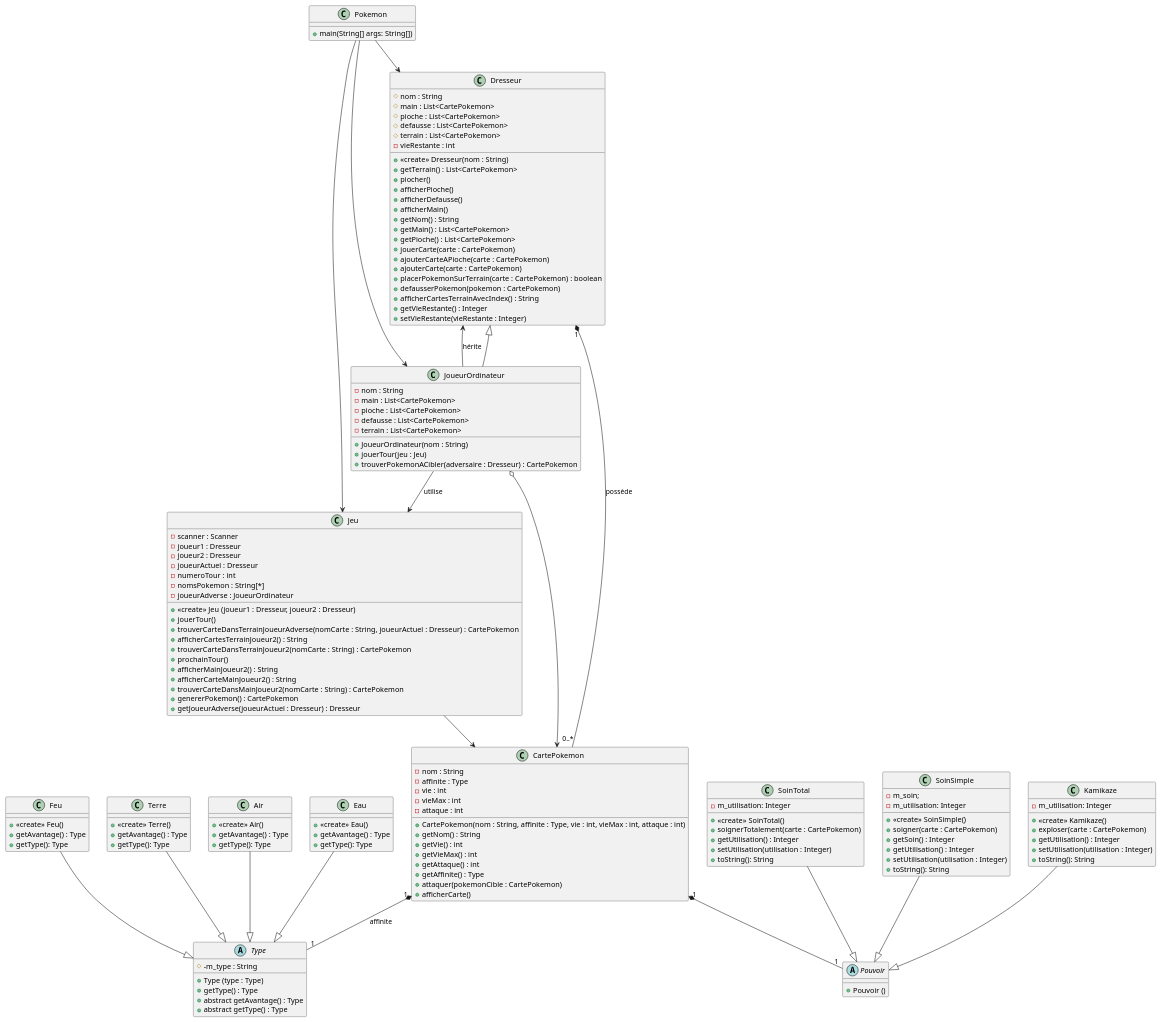
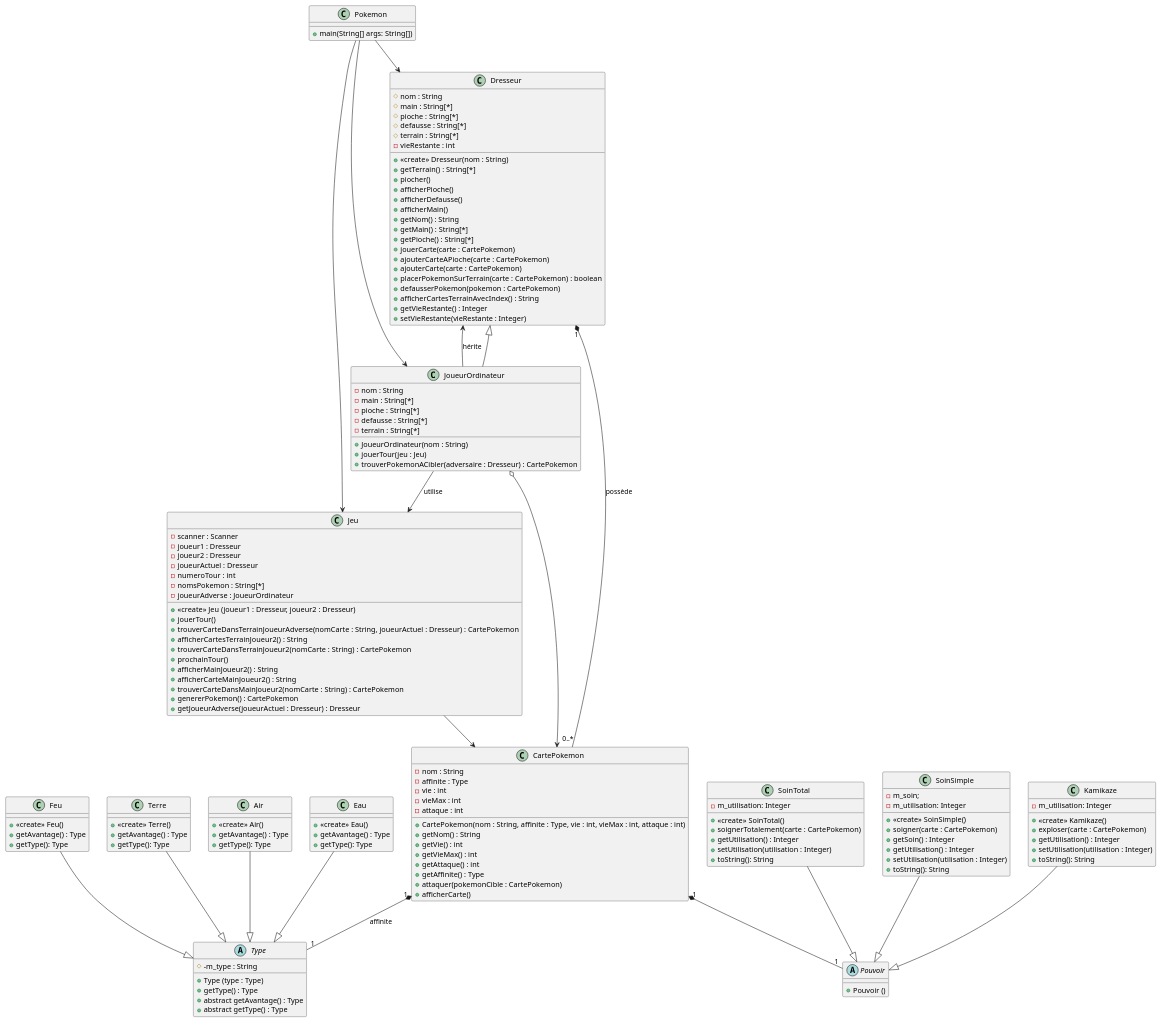
Before and after one commit to Maxlamor67/Pokemon_Java: the diagram in uml/semaine3.puml, drawn with PlantUML. The commit also changed 9 other files, not shown here.

```diff
--- a/uml/semaine3.puml
+++ b/uml/semaine3.puml
@@ -1,167 +1,167 @@
 @startuml
 
 class Pokemon {
 + main(String[] args: String[])
 }
 
 class Jeu {
 - scanner : Scanner
 - joueur1 : Dresseur
 - joueur2 : Dresseur
 - joueurActuel : Dresseur
 - numeroTour : int
 - nomsPokemon : String[*]
 - joueurAdverse : JoueurOrdinateur
 + «create» Jeu (joueur1 : Dresseur, joueur2 : Dresseur)
 + jouerTour()
 + trouverCarteDansTerrainJoueurAdverse(nomCarte : String, joueurActuel : Dresseur) : CartePokemon
 + afficherCartesTerrainJoueur2() : String
 + trouverCarteDansTerrainJoueur2(nomCarte : String) : CartePokemon
 + prochainTour()
 + afficherMainJoueur2() : String
 + afficherCarteMainJoueur2() : String
 + trouverCarteDansMainJoueur2(nomCarte : String) : CartePokemon
 + genererPokemon() : CartePokemon
 + getJoueurAdverse(joueurActuel : Dresseur) : Dresseur
 }
 
 
 class Dresseur {
 # nom : String
-# main : List<CartePokemon>
-# pioche : List<CartePokemon>
-# defausse : List<CartePokemon>
-# terrain : List<CartePokemon>
+# main : String[*]
+# pioche : String[*]
+# defausse : String[*]
+# terrain : String[*]
 - vieRestante : int
 + «create» Dresseur(nom : String)
-+ getTerrain() : List<CartePokemon>
++ getTerrain() : String[*]
 + piocher()
 + afficherPioche()
 + afficherDefausse()
 + afficherMain()
 + getNom() : String
-+ getMain() : List<CartePokemon>
-+ getPioche() : List<CartePokemon>
++ getMain() : String[*]
++ getPioche() : String[*]
 + jouerCarte(carte : CartePokemon)
 + ajouterCarteAPioche(carte : CartePokemon)
 + ajouterCarte(carte : CartePokemon)
 + placerPokemonSurTerrain(carte : CartePokemon) : boolean
 + defausserPokemon(pokemon : CartePokemon)
 + afficherCartesTerrainAvecIndex() : String
 + getVieRestante() : Integer
 + setVieRestante(vieRestante : Integer)
 
 }
 
 class CartePokemon {
 - nom : String
 - affinite : Type
 - vie : int
 - vieMax : int
 - attaque : int
 + CartePokemon(nom : String, affinite : Type, vie : int, vieMax : int, attaque : int)
 + getNom() : String
 + getVie() : int
 + getVieMax() : int
 + getAttaque() : int
 + getAffinite() : Type
 + attaquer(pokemonCible : CartePokemon)
 + afficherCarte()
 }
 
 class JoueurOrdinateur extends Dresseur {
 - nom : String
-- main : List<CartePokemon>
-- pioche : List<CartePokemon>
-- defausse : List<CartePokemon>
-- terrain : List<CartePokemon>
+- main : String[*]
+- pioche : String[*]
+- defausse : String[*]
+- terrain : String[*]
 + JoueurOrdinateur(nom : String)
 + jouerTour(jeu : Jeu)
 + trouverPokemonACibler(adversaire : Dresseur) : CartePokemon
 }
 
 
 
 abstract class Type {
 #-m_type : String
 + Type (type : Type)
 + getType() : Type
 + abstract getAvantage() : Type
 + abstract getType() : Type
 }
 
 class Air {
 + «create» Air()
 + getAvantage() : Type
 + getType(): Type
 }
 
 class Eau {
 + «create» Eau()
 + getAvantage() : Type
 + getType(): Type
 }
 
 class Feu {
 + «create» Feu()
 + getAvantage() : Type
 + getType(): Type
 }
 
 class Terre {
 + «create» Terre()
 + getAvantage() : Type
 + getType(): Type
 }
 
 abstract class Pouvoir {
 + Pouvoir ()
 }
 
 class SoinTotal {
 - m_utilisation: Integer
 + «create» SoinTotal()
 + soignerTotalement(carte : CartePokemon)
 + getUtilisation() : Integer
 + setUtilisation(utilisation : Integer)
 + toString(): String
 }
 
 class SoinSimple {
 - m_soin;
 - m_utilisation: Integer
 + «create» SoinSimple()
 + soigner(carte : CartePokemon)
 + getSoin() : Integer
 + getUtilisation() : Integer
 + setUtilisation(utilisation : Integer)
 + toString(): String
 }
 
 class Kamikaze {
 - m_utilisation: Integer
 + «create» Kamikaze()
 + exploser(carte : CartePokemon)
 + getUtilisation() : Integer
 + setUtilisation(utilisation : Integer)
 + toString(): String
 }
 
 Air --|> Type
 Terre --|> Type
 Eau --|> Type
 Feu --|> Type
 SoinSimple --|> Pouvoir
 SoinTotal --|> Pouvoir
 Kamikaze --|> Pouvoir
 CartePokemon "1" *-- "1" Pouvoir
 CartePokemon "1" *-- "1" Type : affinite
 Dresseur "1" *-- "0..*" CartePokemon : possède
 Pokemon --> JoueurOrdinateur
 Pokemon --> Dresseur
 Pokemon --> Jeu
 JoueurOrdinateur --> Jeu : utilise
 JoueurOrdinateur o--> CartePokemon
 JoueurOrdinateur --> Dresseur : hérite
 Jeu --> CartePokemon
 @enduml
```
